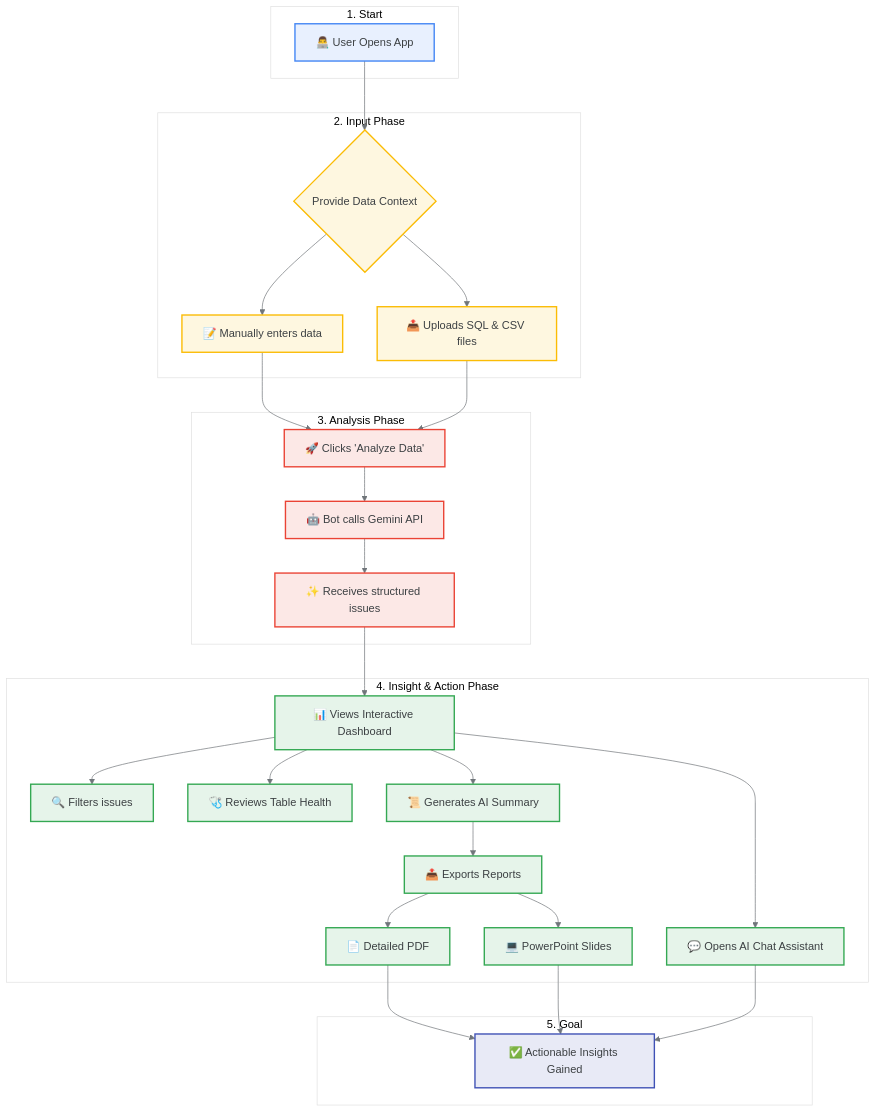
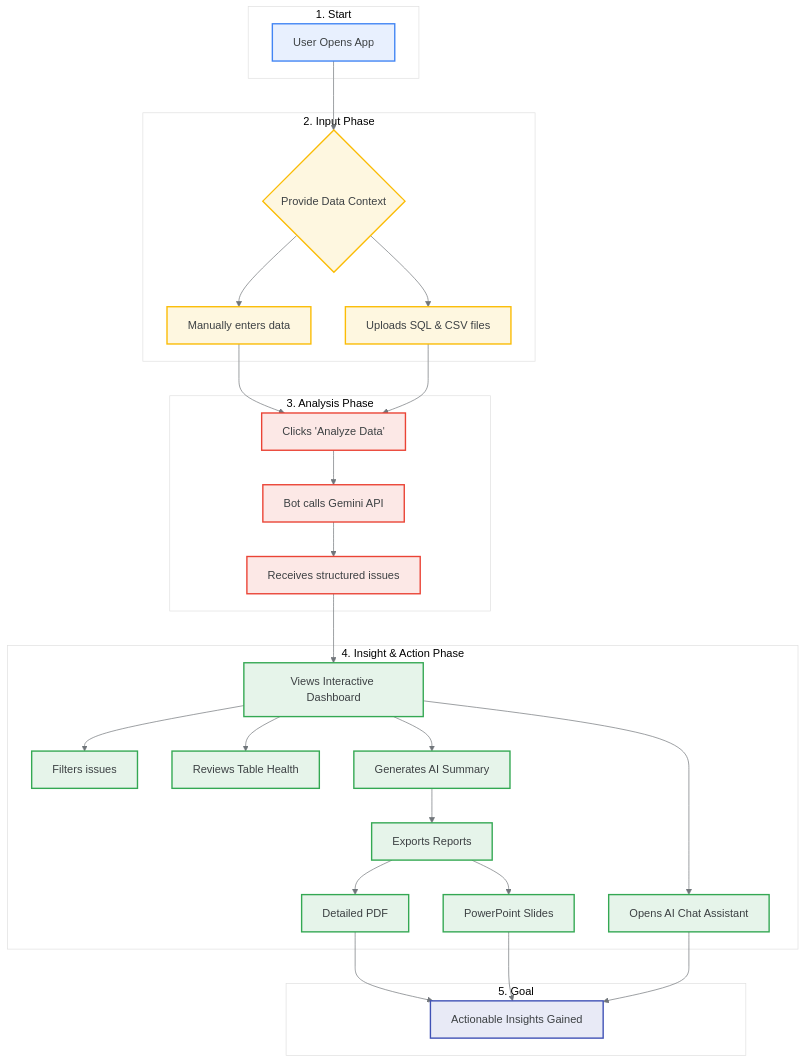
The second of 2 diagrams in README.md (chtsalvishal/DQ_Gen_AI_Bot), drawn with Mermaid before and after one commit. The commit also changed other lines of this file, not shown here.

Commit message:
feat: Simplify README diagrams
Updates the README's Mermaid diagrams to remove redundant icons and improve clarity. This makes the diagrams more focused on the flow and components rather than decorative elements.

````diff
--- a/README.md
+++ b/README.md
@@ -99,71 +99,71 @@
 ```mermaid
 %%{
   init: {
     "theme": "base",
     "themeVariables": {
       "fontFamily": "\"Roboto\", sans-serif",
       "primaryColor": "#FFFFFF",
       "primaryTextColor": "#3C4043",
       "primaryBorderColor": "#4285F4",
       "lineColor": "#70757A",
       "textColor": "#3C4043",
       "mainBkg": "#F8F9FA",
       "clusterBkg": "#FFFFFF",
       "clusterBorder": "#E0E0E0"
     }
   }
 }%%
 graph TD
     subgraph "1. Start"
-        A[👨‍💻 User Opens App]:::startNode
+        A[User Opens App]:::startNode
     end
 
     subgraph "2. Input Phase"
         B{Provide Data Context}:::inputNode
-        B1[📝 Manually enters data]:::inputNode
-        B2[📤 Uploads SQL & CSV files]:::inputNode
+        B1[Manually enters data]:::inputNode
+        B2[Uploads SQL & CSV files]:::inputNode
     end
     
     subgraph "3. Analysis Phase"
-        C[🚀 Clicks 'Analyze Data']:::analysisNode
-        D["🤖 Bot calls Gemini API"]:::analysisNode
-        E["✨ Receives structured issues"]:::analysisNode
+        C[Clicks 'Analyze Data']:::analysisNode
+        D["Bot calls Gemini API"]:::analysisNode
+        E["Receives structured issues"]:::analysisNode
     end
 
     subgraph "4. Insight & Action Phase"
-        F[📊 Views Interactive Dashboard]:::insightNode
-        F1[🔍 Filters issues]:::insightNode
-        F2[🩺 Reviews Table Health]:::insightNode
-        G[💬 Opens AI Chat Assistant]:::insightNode
-        H[📜 Generates AI Summary]:::insightNode
-        I[📤 Exports Reports]:::insightNode
-        I1[📄 Detailed PDF]:::insightNode
-        I2[💻 PowerPoint Slides]:::insightNode
+        F[Views Interactive Dashboard]:::insightNode
+        F1[Filters issues]:::insightNode
+        F2[Reviews Table Health]:::insightNode
+        G[Opens AI Chat Assistant]:::insightNode
+        H[Generates AI Summary]:::insightNode
+        I[Exports Reports]:::insightNode
+        I1[Detailed PDF]:::insightNode
+        I2[PowerPoint Slides]:::insightNode
     end
     
     subgraph "5. Goal"
-       J[✅ Actionable Insights Gained]:::goalNode
+       J[Actionable Insights Gained]:::goalNode
     end
 
     A --> B
     B --> B1
     B --> B2
     B1 --> C
     B2 --> C
     C --> D
     D --> E
     E --> F
     F --> F1 & F2 & G & H
     H --> I
     I --> I1 & I2
     I1 --> J
     I2 --> J
     G --> J
 
     %% Class Definitions
     classDef startNode fill:#E8F0FE,stroke:#4285F4,stroke-width:2px
     classDef inputNode fill:#FEF7E0,stroke:#FBBC05,stroke-width:2px
     classDef analysisNode fill:#FCE8E6,stroke:#EA4335,stroke-width:2px
     classDef insightNode fill:#E6F4EA,stroke:#34A853,stroke-width:2px
     classDef goalNode fill:#E8EAF6,stroke:#3F51B5,stroke-width:2px
 ```
````
